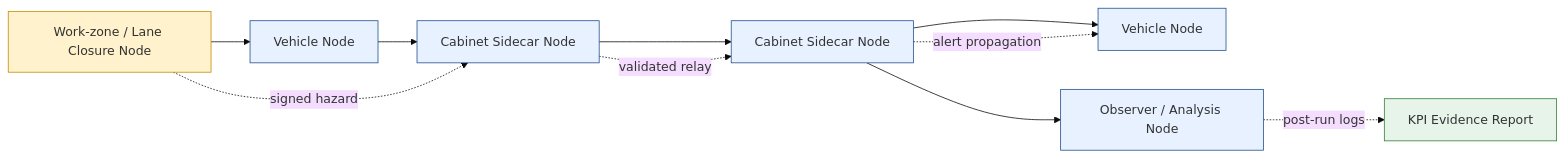
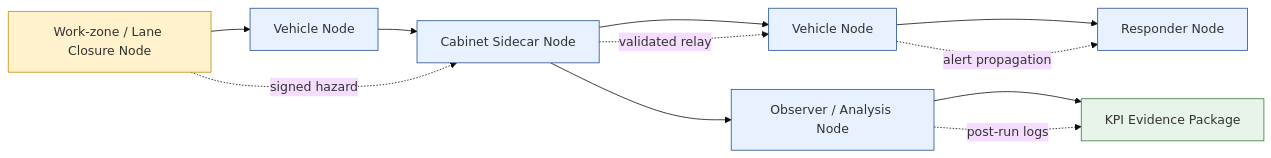
One commit to jonathangarrettjr/pingnet-overview changed the diagram in README.md. Above: the diagram before and after it, drawn with Mermaid (base theme). The commit also changed other lines of this file, not shown here.

Commit message:
Update PingNet overview for ten-node validation

````diff
--- a/README.md
+++ b/README.md
@@ -60,21 +64,22 @@
 ```mermaid
 flowchart LR
     WZ[Work-zone / Lane Closure Node] --> V1[Vehicle Node]
     V1 --> C1[Cabinet Sidecar Node]
-    C1 --> C2[Cabinet Sidecar Node]
-    C2 --> V2[Vehicle Node]
-    C2 --> OBS[Observer / Analysis Node]
+    C1 --> V2[Vehicle Node]
+    V2 --> EMS[Responder Node]
+    C1 --> OBS[Observer / Analysis Node]
+    OBS --> REPORT[KPI Evidence Package]
 
     WZ -. signed hazard .-> C1
-    C1 -. validated relay .-> C2
-    C2 -. alert propagation .-> V2
-    OBS -. post-run logs .-> REPORT[KPI Evidence Report]
+    C1 -. validated relay .-> V2
+    V2 -. alert propagation .-> EMS
+    OBS -. post-run logs .-> REPORT
 
     classDef node fill:#e8f1ff,stroke:#1f4e8c,stroke-width:1px;
     classDef hazard fill:#fff2cc,stroke:#c28a00,stroke-width:1px;
     classDef report fill:#e6f4ea,stroke:#2e7d32,stroke-width:1px;
 
-    class V1,V2,C1,C2,OBS node;
+    class V1,V2,C1,OBS,EMS node;
     class WZ hazard;
     class REPORT report;
 ```
````
